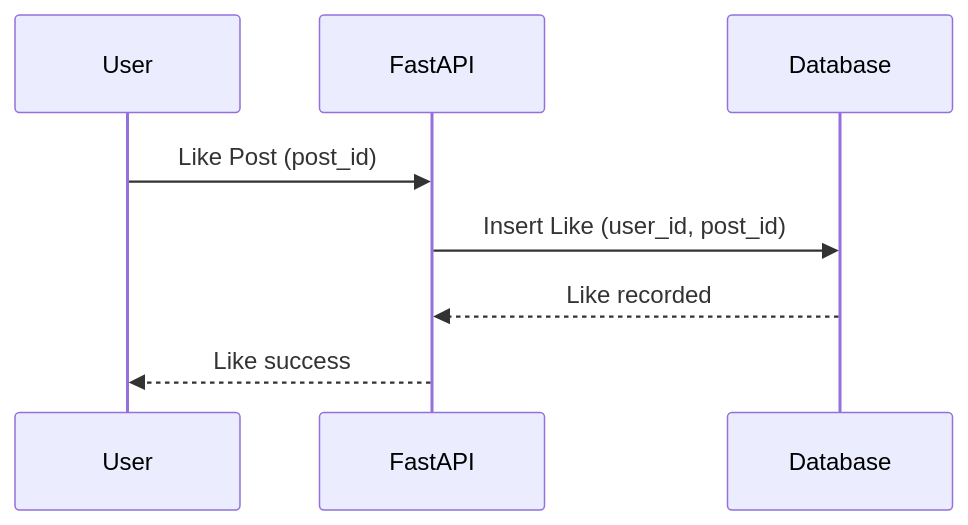
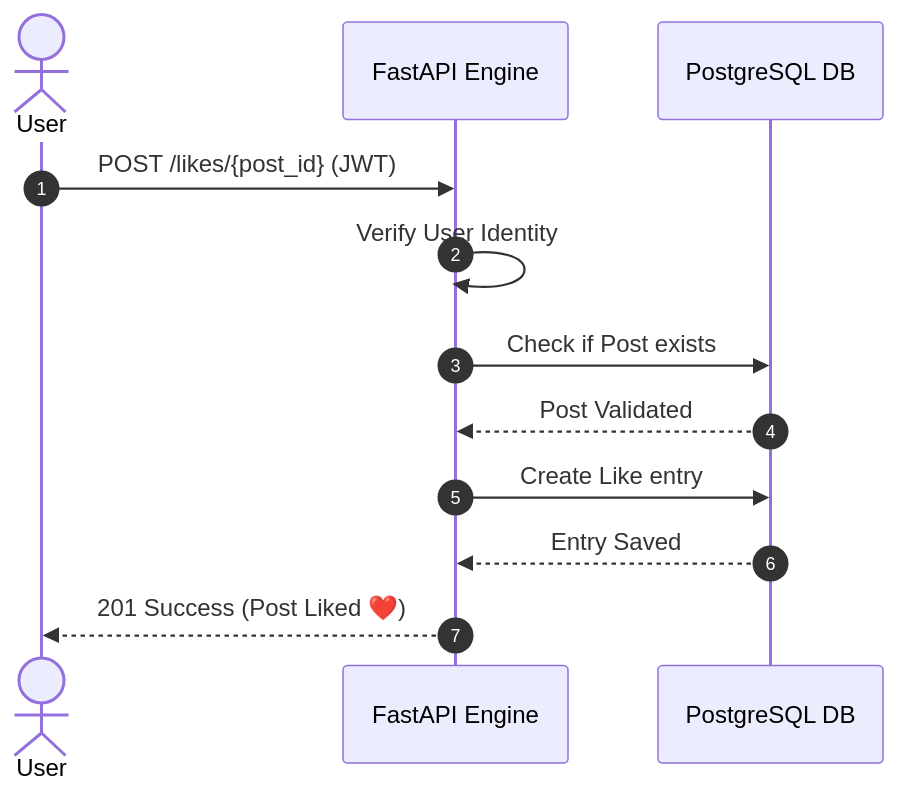
The fourth of 4 diagrams in README.md (wesleymadike-1/FastApi-project), drawn with Mermaid before and after one commit. The commit also changed other lines of this file, not shown here.

````diff
--- a/README.md
+++ b/README.md
@@ -286,11 +370,15 @@
 ```mermaid
 sequenceDiagram
-        participant User
-        participant FastAPI
-        participant Database
+    autonumber
+    actor U as User
+    participant A as FastAPI Engine
+    participant D as PostgreSQL DB
 
-        User->>FastAPI: Like Post (post_id)
-        FastAPI->>Database: Insert Like (user_id, post_id)
-        Database-->>FastAPI: Like recorded
-        FastAPI-->>User: Like success
+    U->>A: POST /likes/{post_id} (JWT)
+    A->>A: Verify User Identity
+    A->>D: Check if Post exists
+    D-->>A: Post Validated
+    A->>D: Create Like entry
+    D-->>A: Entry Saved
+    A-->>U: 201 Success (Post Liked ❤️)
 ```
````
